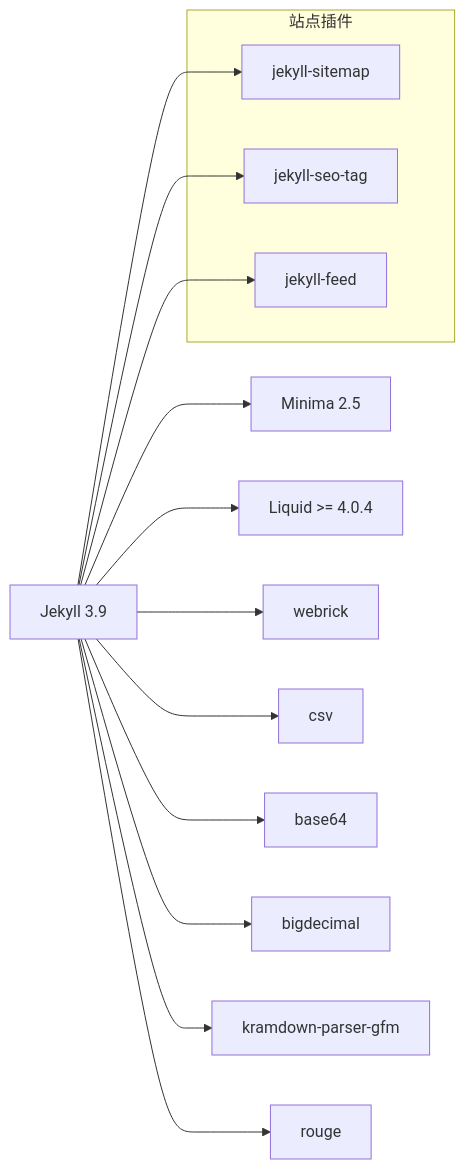
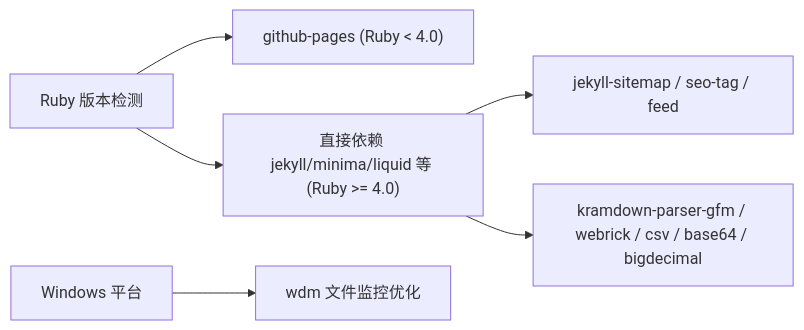
One commit to LZC6244/lzc6244.github.io changed the seventh of 7 diagrams in .qoder/repowiki/zh/content/项目概述.md. Above: the diagram before and after it, drawn with Mermaid. The commit also changed other lines of this file and 104 other files, not shown here.

````diff
--- a/.qoder/repowiki/zh/content/项目概述.md
+++ b/.qoder/repowiki/zh/content/项目概述.md
@@ -294,19 +278,8 @@
 ```mermaid
 graph LR
-J["Jekyll 3.9"] --> M["Minima 2.5"]
-J --> Lq["Liquid >= 4.0.4"]
-J --> W["webrick"]
-J --> CSV["csv"]
-J --> B64["base64"]
-J --> BD["bigdecimal"]
-J --> KD["kramdown-parser-gfm"]
-J --> RH["rouge"]
-subgraph "站点插件"
-SM["jekyll-sitemap"]
-SEO["jekyll-seo-tag"]
-FEED["jekyll-feed"]
-end
-J --> SM
-J --> SEO
-J --> FEED
+RUBY["Ruby 版本检测"] --> GH["github-pages (Ruby < 4.0)"]
+RUBY --> DEP["直接依赖 jekyll/minima/liquid 等 (Ruby >= 4.0)"]
+DEP --> PLUGINS["jekyll-sitemap / seo-tag / feed"]
+DEP --> CORE["kramdown-parser-gfm / webrick / csv / base64 / bigdecimal"]
+WIN["Windows 平台"] --> WDM["wdm 文件监控优化"]
 ```
````
